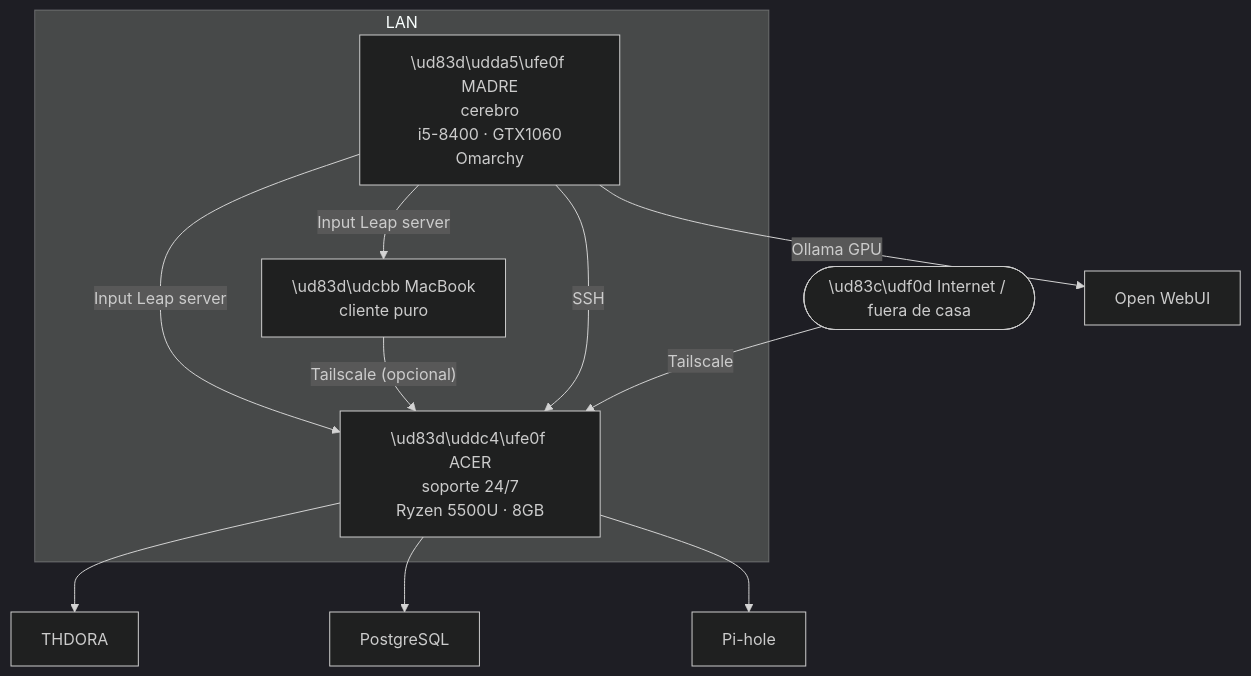
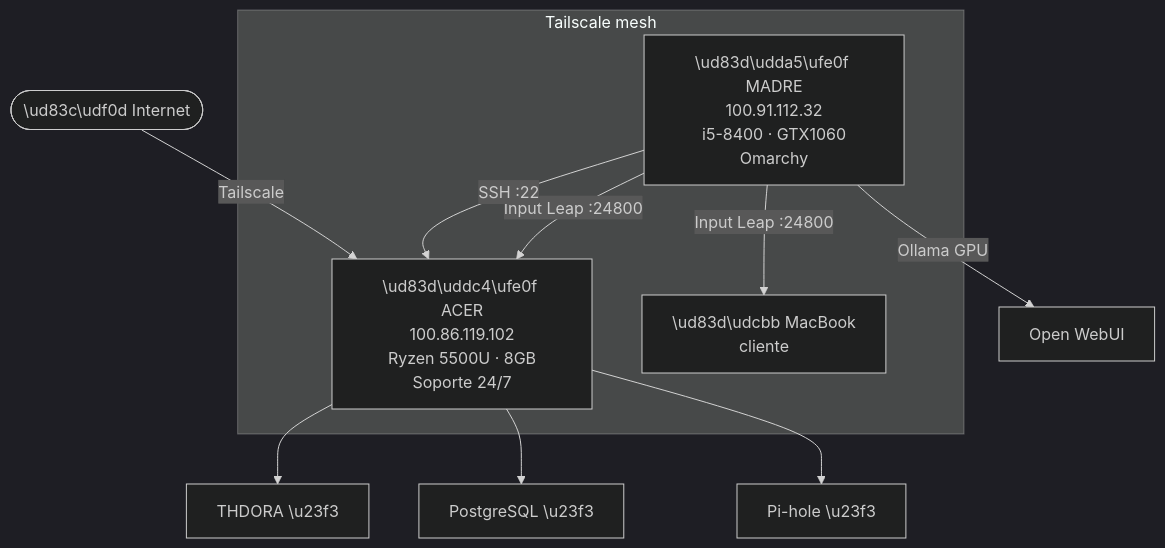
Before and after one commit to alvarofernandezmota-tech/yggdrasil-dew: the diagram in setup/servidor/README.md, drawn with Mermaid (dark theme). The commit also changed other lines of this file and 4 other files, not shown here.

Commit message:
feat: Fase 1 COMPLETADA — IPs Tailscale reales + Input Leap config + UFW Zero Trust

````diff
--- a/setup/servidor/README.md
+++ b/setup/servidor/README.md
@@ -60,22 +38,21 @@
 ```mermaid
 graph TD
-    subgraph LAN
-        Madre["\ud83d\udda5\ufe0f MADRE\ncerebro\ni5-8400 · GTX1060\nOmarchy"]
-        Acer["\ud83d\uddc4\ufe0f ACER\nsoporte 24/7\nRyzen 5500U · 8GB"]
-        Mac["\ud83d\udcbb MacBook\ncliente puro"]
+    subgraph "Tailscale mesh"
+        Madre["\ud83d\udda5\ufe0f MADRE\n100.91.112.32\ni5-8400 · GTX1060\nOmarchy"]
+        Acer["\ud83d\uddc4\ufe0f ACER\n100.86.119.102\nRyzen 5500U · 8GB\nSoporte 24/7"]
+        Mac["\ud83d\udcbb MacBook\ncliente"]
     end
 
-    Internet(["\ud83c\udf0d Internet / fuera de casa"])
+    Internet(["\ud83c\udf0d Internet"])
 
-    Madre -- "Input Leap server" --> Acer
-    Madre -- "Input Leap server" --> Mac
-    Madre -- "SSH" --> Acer
+    Madre -- "Input Leap :24800" --> Acer
+    Madre -- "SSH :22" --> Acer
+    Madre -- "Input Leap :24800" --> Mac
     Madre -- "Ollama GPU" --> OW["Open WebUI"]
 
-    Acer --> THDORA["THDORA"]
-    Acer --> PG["PostgreSQL"]
-    Acer --> PH["Pi-hole"]
+    Acer --> THDORA["THDORA \u23f3"]
+    Acer --> PG["PostgreSQL \u23f3"]
+    Acer --> PH["Pi-hole \u23f3"]
 
     Internet -- "Tailscale" --> Acer
-    Mac -- "Tailscale (opcional)" --> Acer
 ```
````
